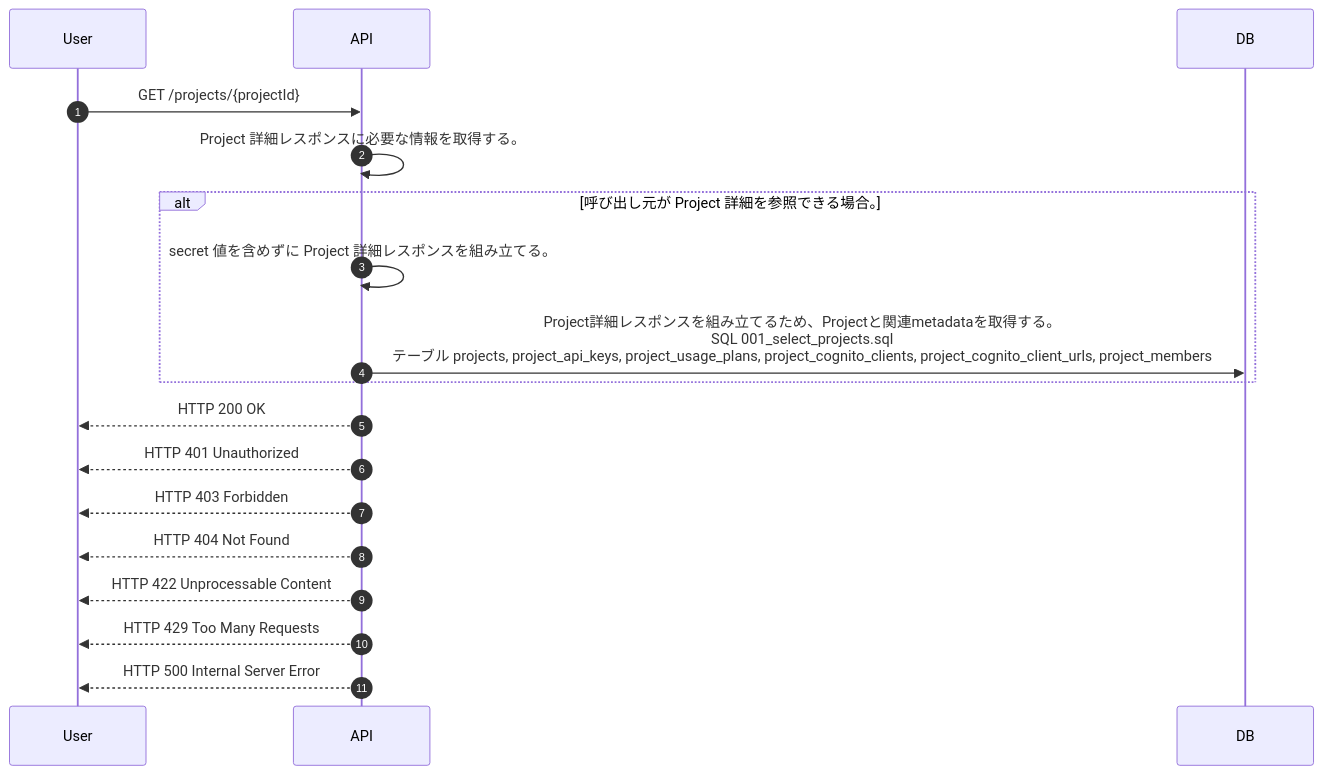
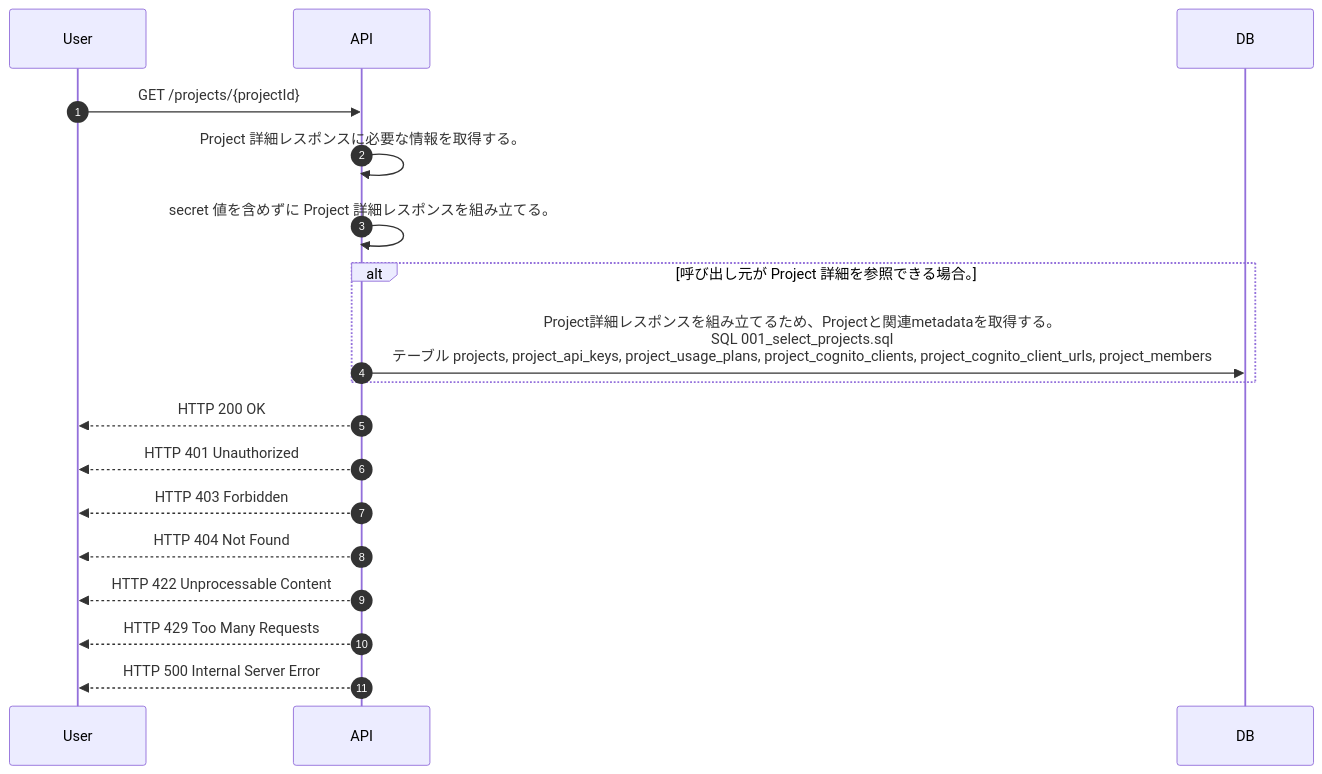
One commit to tsuji-tomonori/lazunex changed the diagram in docs/spec/40.apis/projects/get_project/sequence_gen.md. Above: the diagram before and after it, drawn with Mermaid. The commit also changed 13 other files, not shown here.

````diff
--- a/docs/spec/40.apis/projects/get_project/sequence_gen.md
+++ b/docs/spec/40.apis/projects/get_project/sequence_gen.md
@@ -5,20 +5,20 @@
 ```mermaid
 sequenceDiagram
   autonumber
   participant User as User
   participant API as API
   participant DB as DB
   User->>API: GET /projects/{projectId}
   API->>API: Project 詳細レスポンスに必要な情報を取得する。
+  API->>API: secret 値を含めずに Project 詳細レスポンスを組み立てる。
   alt 呼び出し元が Project 詳細を参照できる場合。
-    API->>API: secret 値を含めずに Project 詳細レスポンスを組み立てる。
     API->>DB: Project詳細レスポンスを組み立てるため、Projectと関連metadataを取得する。<br/>SQL 001_select_projects.sql<br/>テーブル projects, project_api_keys, project_usage_plans, project_cognito_clients, project_cognito_client_urls, project_members
   end
   API-->>User: HTTP 200 OK
   API-->>User: HTTP 401 Unauthorized
   API-->>User: HTTP 403 Forbidden
   API-->>User: HTTP 404 Not Found
   API-->>User: HTTP 422 Unprocessable Content
   API-->>User: HTTP 429 Too Many Requests
   API-->>User: HTTP 500 Internal Server Error
 ```
````
